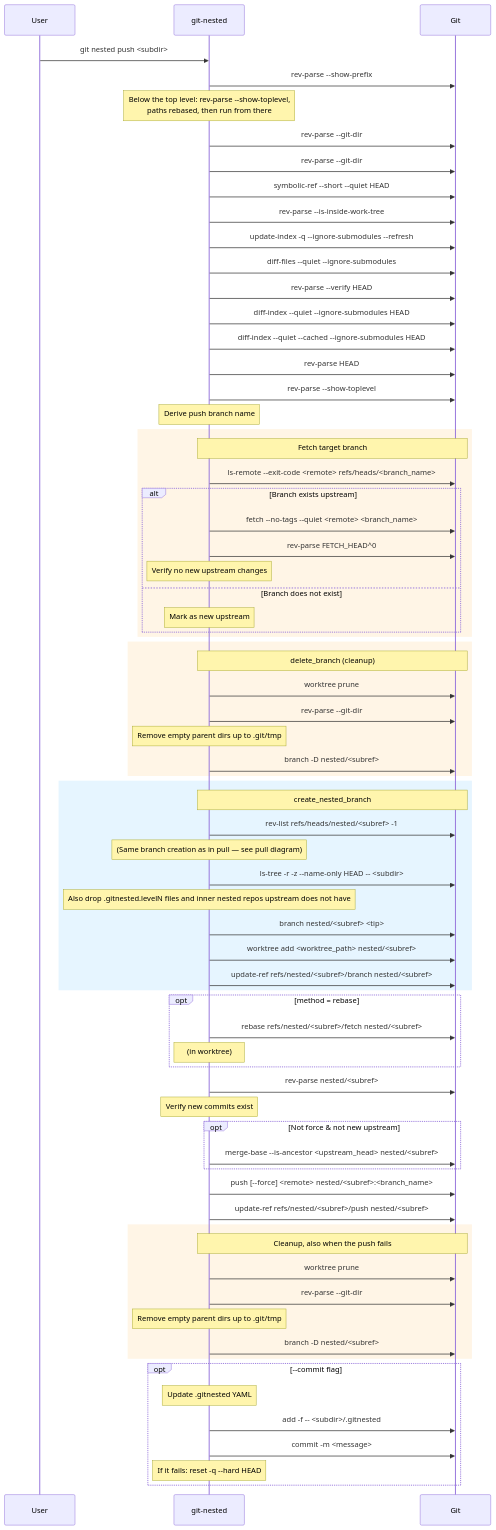
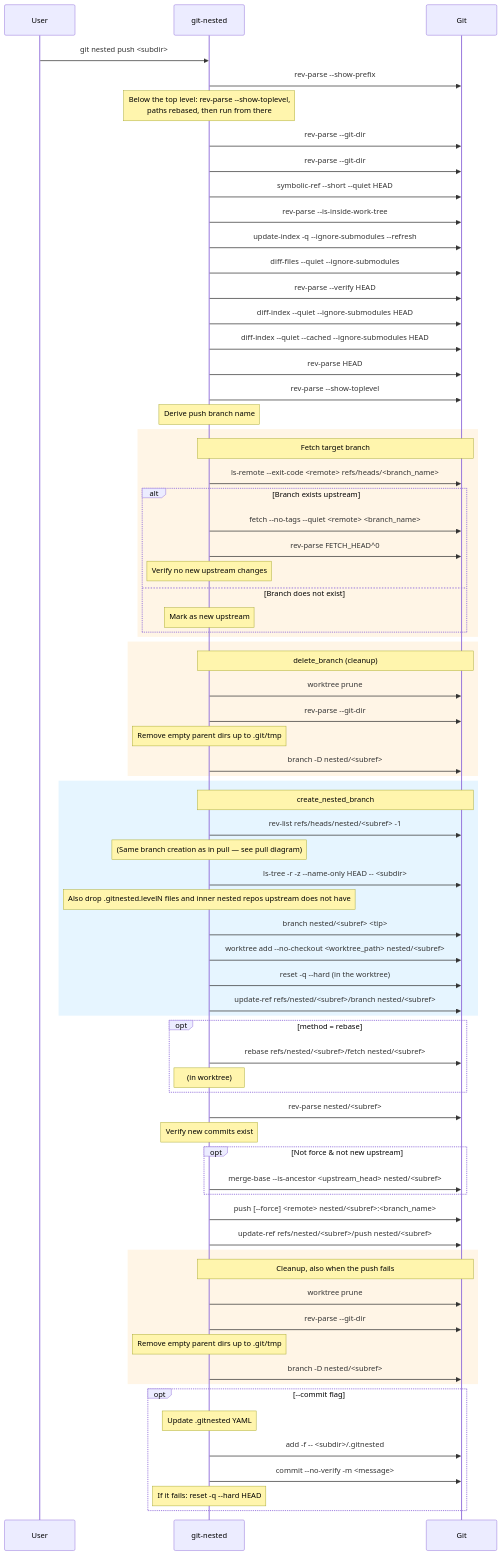
One commit to thorsten-klein/git-nested changed the fifth of 14 diagrams in docs/diagrams.md. Above: the diagram before and after it, drawn with Mermaid. The commit also changed other lines of this file and 3 other files, not shown here.

````diff
--- a/docs/diagrams.md
+++ b/docs/diagrams.md
@@ -288,7 +289,8 @@
         git-nested->>Git: ls-tree -r -z --name-only HEAD -- <subdir>
         Note over git-nested: Also drop .gitnested.levelN files and inner nested repos upstream does not have
         git-nested->>Git: branch nested/<subref> <tip>
-        git-nested->>Git: worktree add <worktree_path> nested/<subref>
+        git-nested->>Git: worktree add --no-checkout <worktree_path> nested/<subref>
+        git-nested->>Git: reset -q --hard (in the worktree)
         git-nested->>Git: update-ref refs/nested/<subref>/branch nested/<subref>
     end
 
@@ -318,7 +320,7 @@
     opt --commit flag
         Note over git-nested: Update .gitnested YAML
         git-nested->>Git: add -f -- <subdir>/.gitnested
-        git-nested->>Git: commit -m <message>
+        git-nested->>Git: commit --no-verify -m <message>
         Note over git-nested: If it fails: reset -q --hard HEAD
     end
 ```
````
